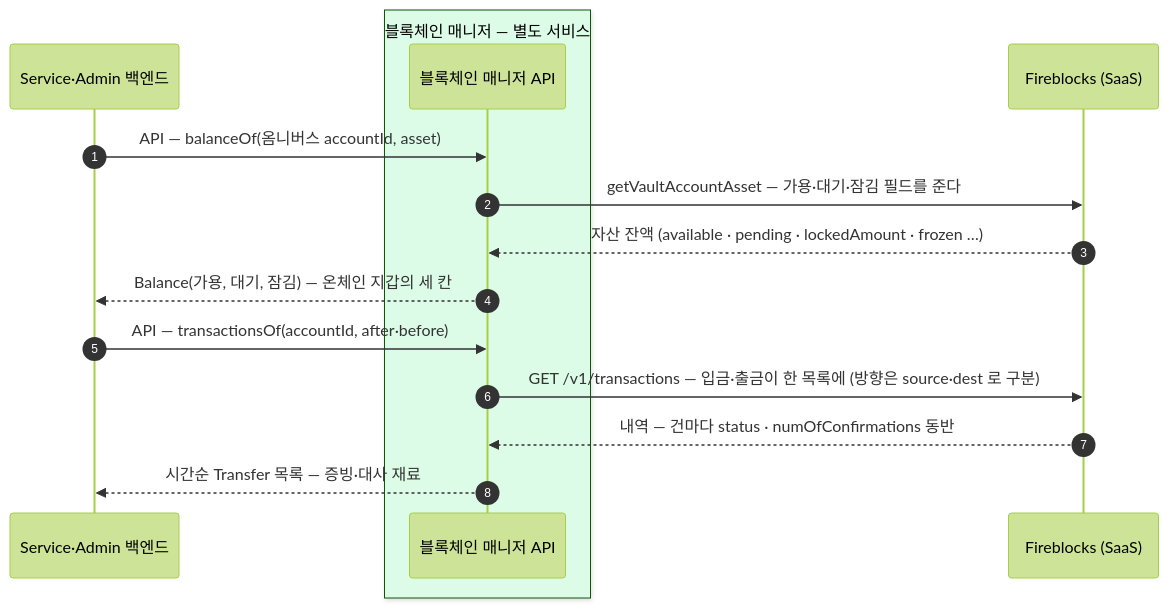
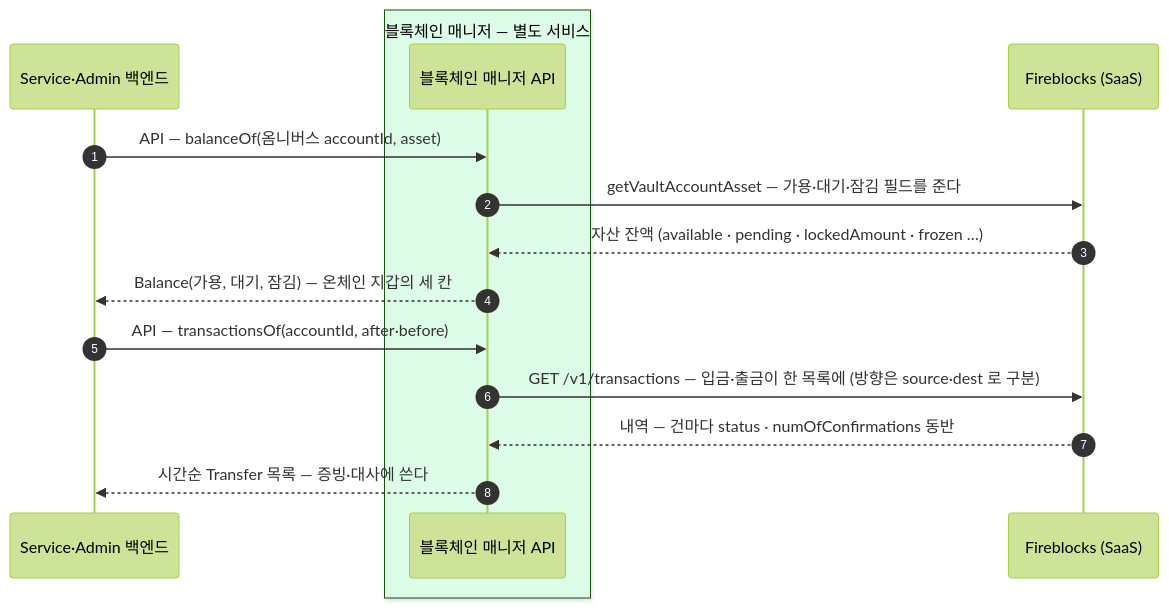
Before and after one commit to eunsujeo/eunpus: the second of 3 diagrams in blockchain-manager/docs/블록체인매니저/설계/08-balance-history.md, drawn with Mermaid (forest theme). The commit also changed 26 other files, not shown here.

````diff
--- a/blockchain-manager/docs/블록체인매니저/설계/08-balance-history.md
+++ b/blockchain-manager/docs/블록체인매니저/설계/08-balance-history.md
@@ -92,19 +92,19 @@
 ```mermaid
 sequenceDiagram
     autonumber
     participant BE as Service·Admin 백엔드
     box rgb(220,252,231) 블록체인 매니저 — 별도 서비스
     participant BM as 블록체인 매니저 API
     end
     participant FB as Fireblocks (SaaS)
 
     BE->>BM: API — balanceOf(옴니버스 accountId, asset)
     BM->>FB: getVaultAccountAsset — 가용·대기·잠김 필드를 준다
     FB-->>BM: 자산 잔액 (available · pending · lockedAmount · frozen …)
     BM-->>BE: Balance(가용, 대기, 잠김) — 온체인 지갑의 세 칸
 
     BE->>BM: API — transactionsOf(accountId, after·before)
     BM->>FB: GET /v1/transactions — 입금·출금이 한 목록에 (방향은 source·dest 로 구분)
     FB-->>BM: 내역 — 건마다 status · numOfConfirmations 동반
-    BM-->>BE: 시간순 Transfer 목록 — 증빙·대사 재료
+    BM-->>BE: 시간순 Transfer 목록 — 증빙·대사에 쓴다
 ```
````
